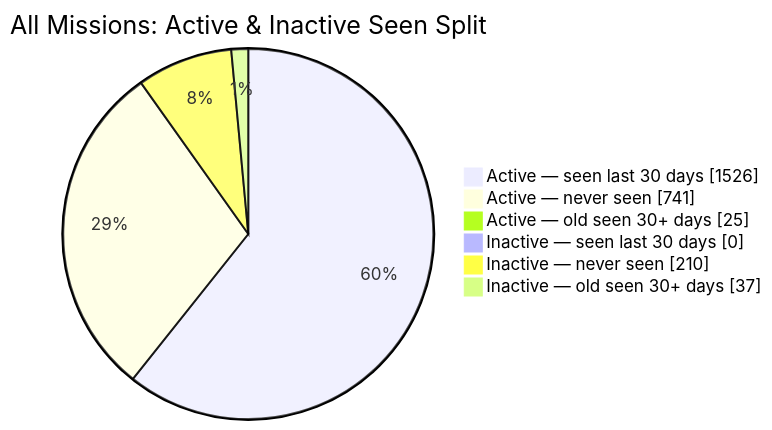
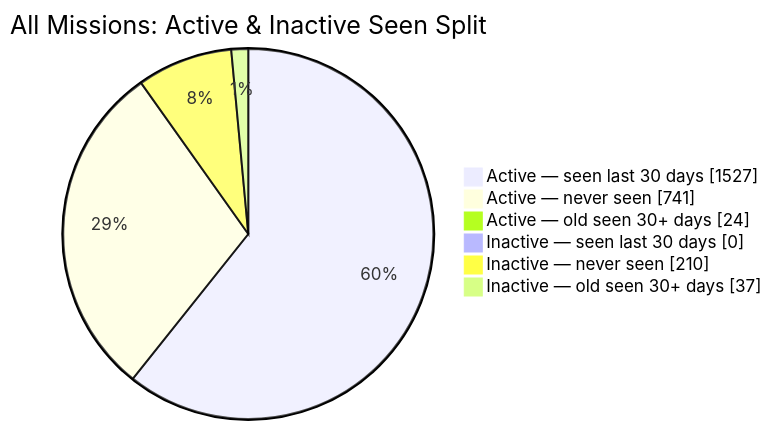
Before and after one commit to MeldkamerspelGameTeam/active-missions: the second of 2 diagrams in README.md, drawn with Mermaid. The commit also changed other lines of this file and 3 other files, not shown here.

````diff
--- a/README.md
+++ b/README.md
@@ -44,10 +44,10 @@
 ```mermaid
 pie showData
     title All Missions: Active & Inactive Seen Split
-    "Active — seen last 30 days" : 1526
+    "Active — seen last 30 days" : 1527
     "Active — never seen" : 741
-    "Active — old seen 30+ days" : 25
+    "Active — old seen 30+ days" : 24
     "Inactive — seen last 30 days" : 0
     "Inactive — never seen" : 210
     "Inactive — old seen 30+ days" : 37
 ```
````
